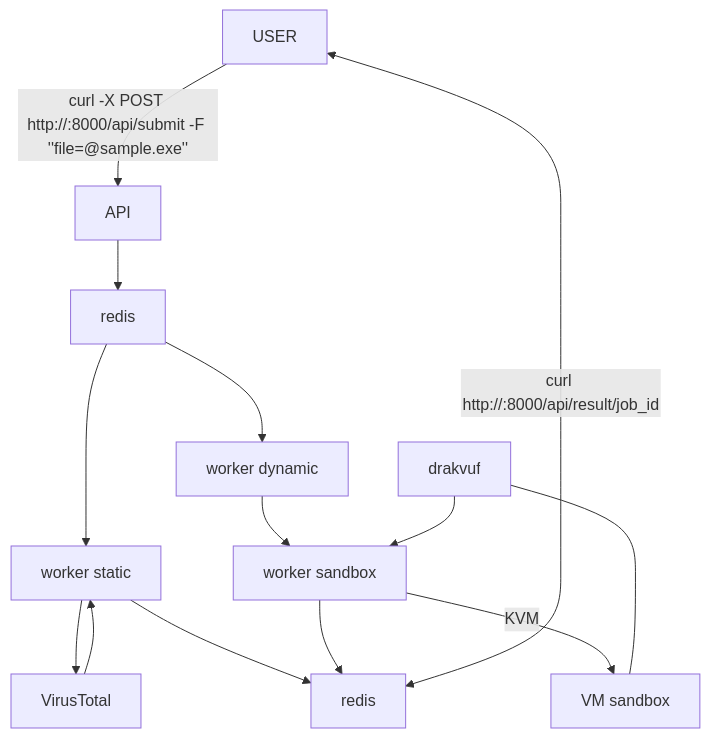
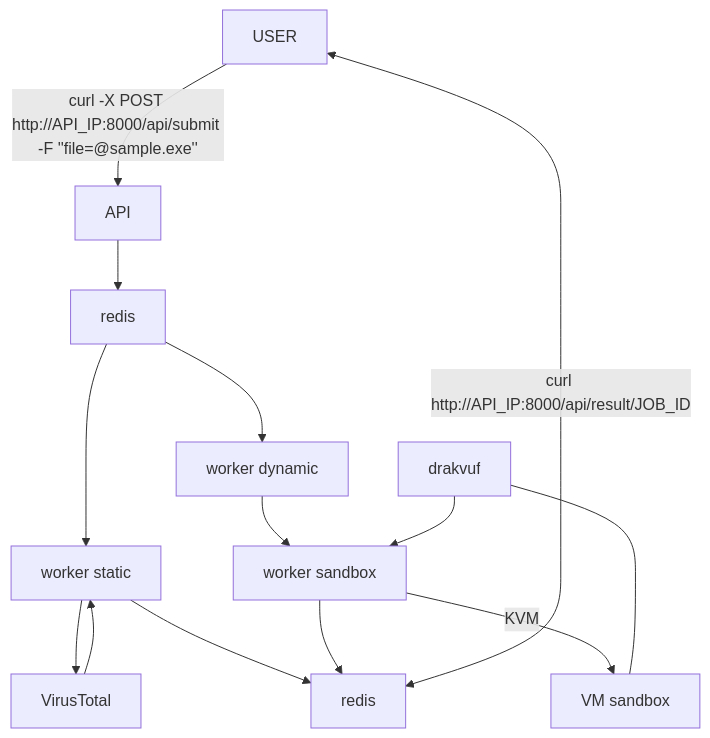
One commit to na-teag/PFE changed the second of 3 diagrams in docs/ARCHITECTURE.md. Above: the diagram before and after it, drawn with Mermaid. The commit also changed other lines of this file, not shown here.

Commit message:
docs: architecture

````diff
--- a/docs/ARCHITECTURE.md
+++ b/docs/ARCHITECTURE.md
@@ -29,17 +29,17 @@
 ```mermaid
 flowchart TD    
-    USER-->|curl -X POST http://<API_IP>:8000/api/submit -F ''file=@sample.exe''|API
+    USER-->|curl -X POST http://API_IP:8000/api/submit -F ''file=@sample.exe''|API
     API --> redis
     redis --> worker1[worker static]
     redis --> worker2[worker dynamic]
     worker2 --> worker3[worker sandbox]
     worker1 --> VT[VirusTotal]
     VT --> worker1
     worker3 -->|KVM| VM[VM sandbox]
     drakvuf --- VM
     drakvuf --> worker3
     worker1 --> redis2
     worker3 --> redis2[redis]
-    USER <-->|curl http://<API_IP>:8000/api/result/job_id| redis2
+    USER <-->|curl http://API_IP:8000/api/result/JOB_ID| redis2
     click VT "https://virustotal.com" "VirusTotal" _blank
 ```
````
